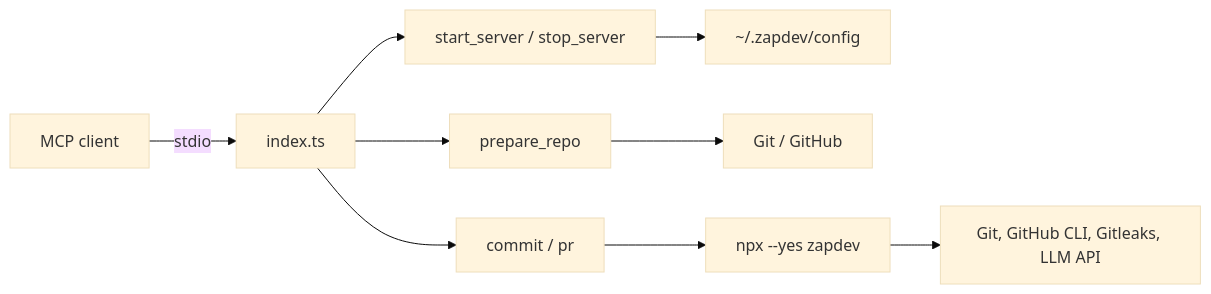
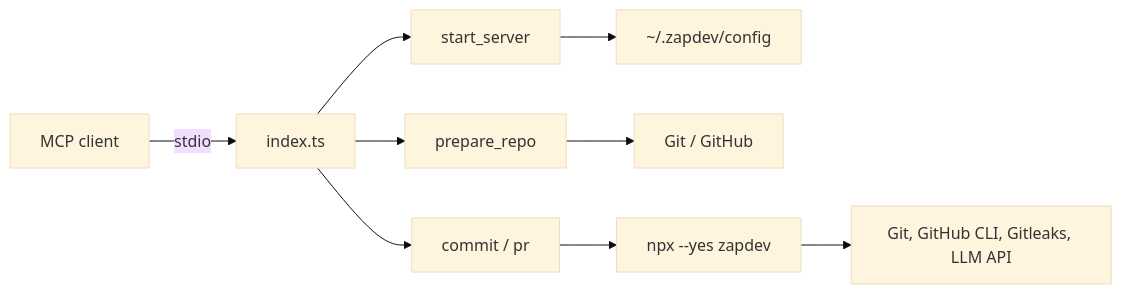
The diagram in README.md (mvagnon/zapdev-mcp), drawn with Mermaid (base theme) before and after one commit. The commit also changed other lines of this file and 5 other files, not shown here.

Commit message:
feat(server): Switch startCommand to an array and improve server startup handling.

````diff
--- a/README.md
+++ b/README.md
@@ -22,11 +22,11 @@
 ```mermaid
 flowchart LR
   Client["MCP client"] -->|stdio| Server["index.ts"]
   Server --> Repos["prepare_repo"]
-  Server --> Servers["start_server / stop_server"]
+  Server --> Servers["start_server"]
   Servers --> Config["~/.zapdev/config"]
   Server --> Commands["commit / pr"]
   Repos --> Git["Git / GitHub"]
   Commands --> CLI["npx --yes zapdev"]
   CLI --> Tools["Git, GitHub CLI, Gitleaks, LLM API"]
 ```
````
